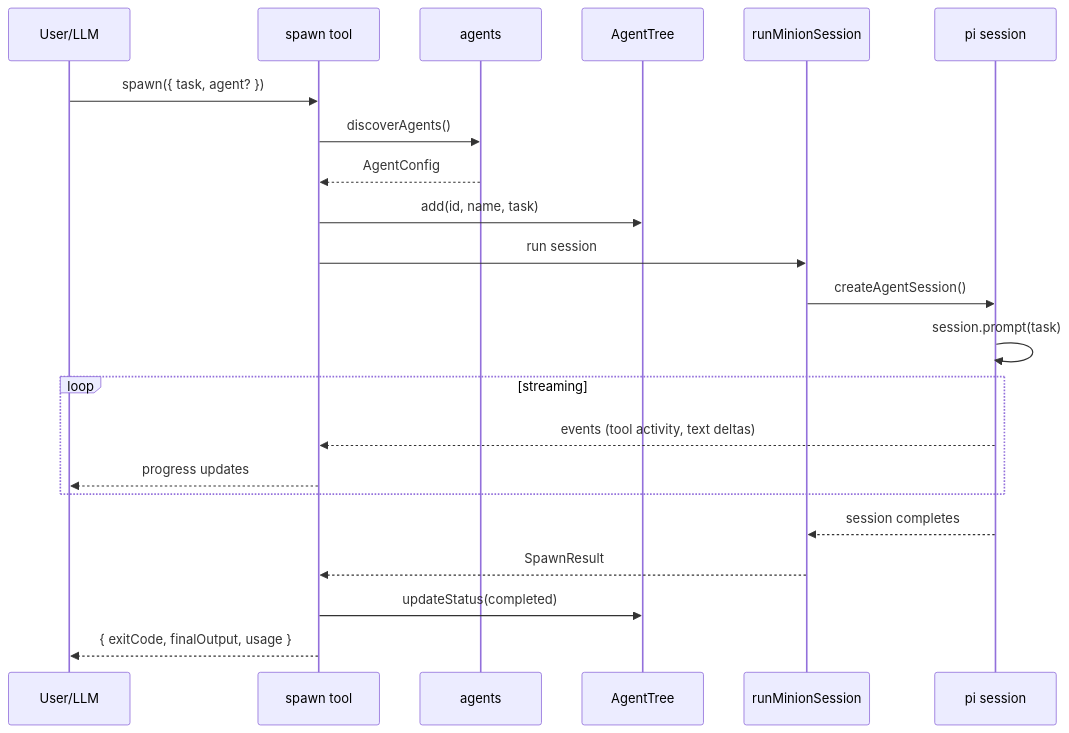
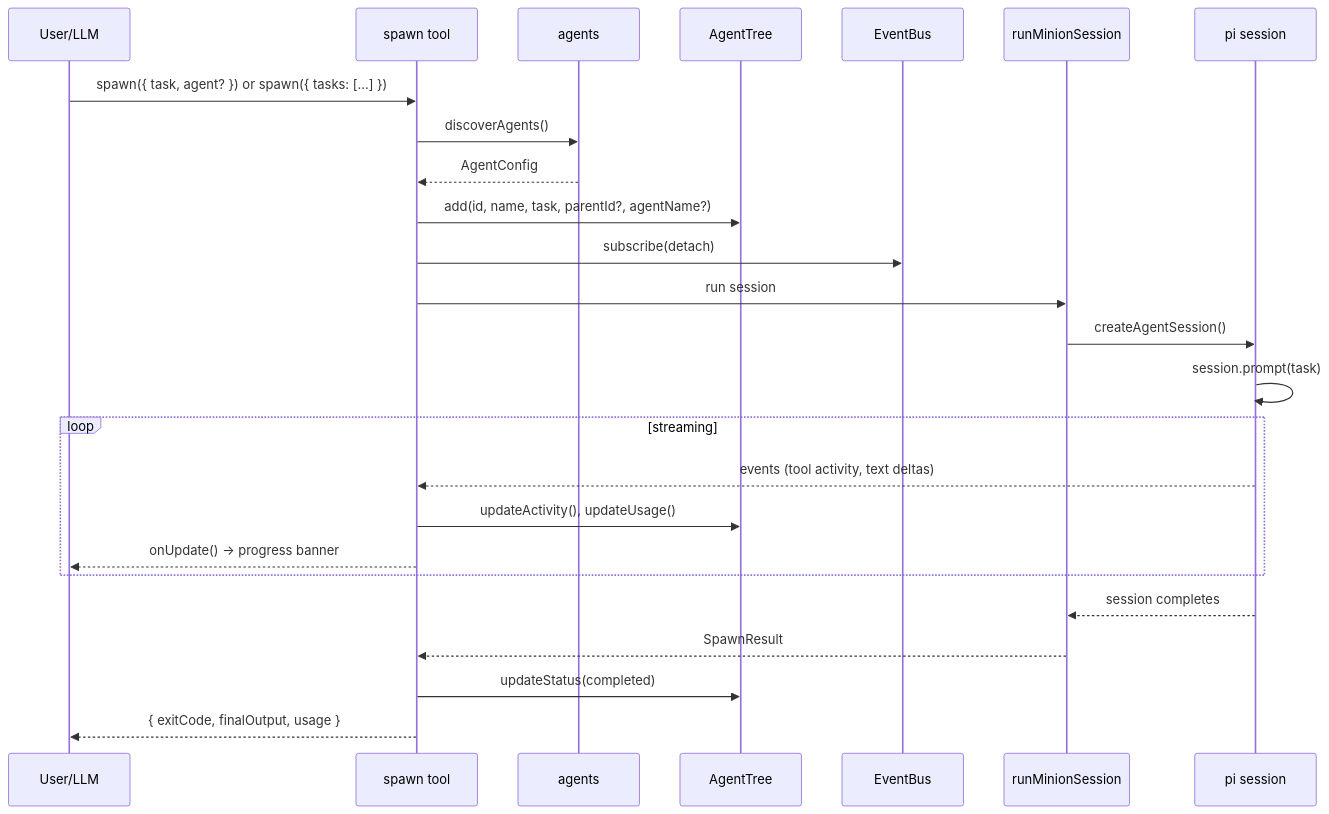
One commit to kalindudc/pi-minions changed the second of 3 diagrams in docs/architecture.md. Above: the diagram before and after it, drawn with Mermaid. The commit also changed other lines of this file and 15 other files, not shown here.

First line of the commit message:
feat: add batch spawn tool with unified execution and agent type display

````diff
--- a/docs/architecture.md
+++ b/docs/architecture.md
@@ -69,27 +80,30 @@
 ```mermaid
 sequenceDiagram
     participant User/LLM
     participant spawn tool
     participant agents
     participant AgentTree
+    participant EventBus
     participant runMinionSession
     participant pi session
 
-    User/LLM->>spawn tool: spawn({ task, agent? })
+    User/LLM->>spawn tool: spawn({ task, agent? }) or spawn({ tasks: [...] })
     spawn tool->>agents: discoverAgents()
     agents-->>spawn tool: AgentConfig
-    spawn tool->>AgentTree: add(id, name, task)
+    spawn tool->>AgentTree: add(id, name, task, parentId?, agentName?)
+    spawn tool->>EventBus: subscribe(detach)
     spawn tool->>runMinionSession: run session
     runMinionSession->>pi session: createAgentSession()
     pi session->>pi session: session.prompt(task)
 
     loop streaming
         pi session-->>spawn tool: events (tool activity, text deltas)
-        spawn tool-->>User/LLM: progress updates
+        spawn tool->>AgentTree: updateActivity(), updateUsage()
+        spawn tool-->>User/LLM: onUpdate() → progress banner
     end
 
     pi session-->>runMinionSession: session completes
     runMinionSession-->>spawn tool: SpawnResult
     spawn tool->>AgentTree: updateStatus(completed)
     spawn tool-->>User/LLM: { exitCode, finalOutput, usage }
 ```
````
